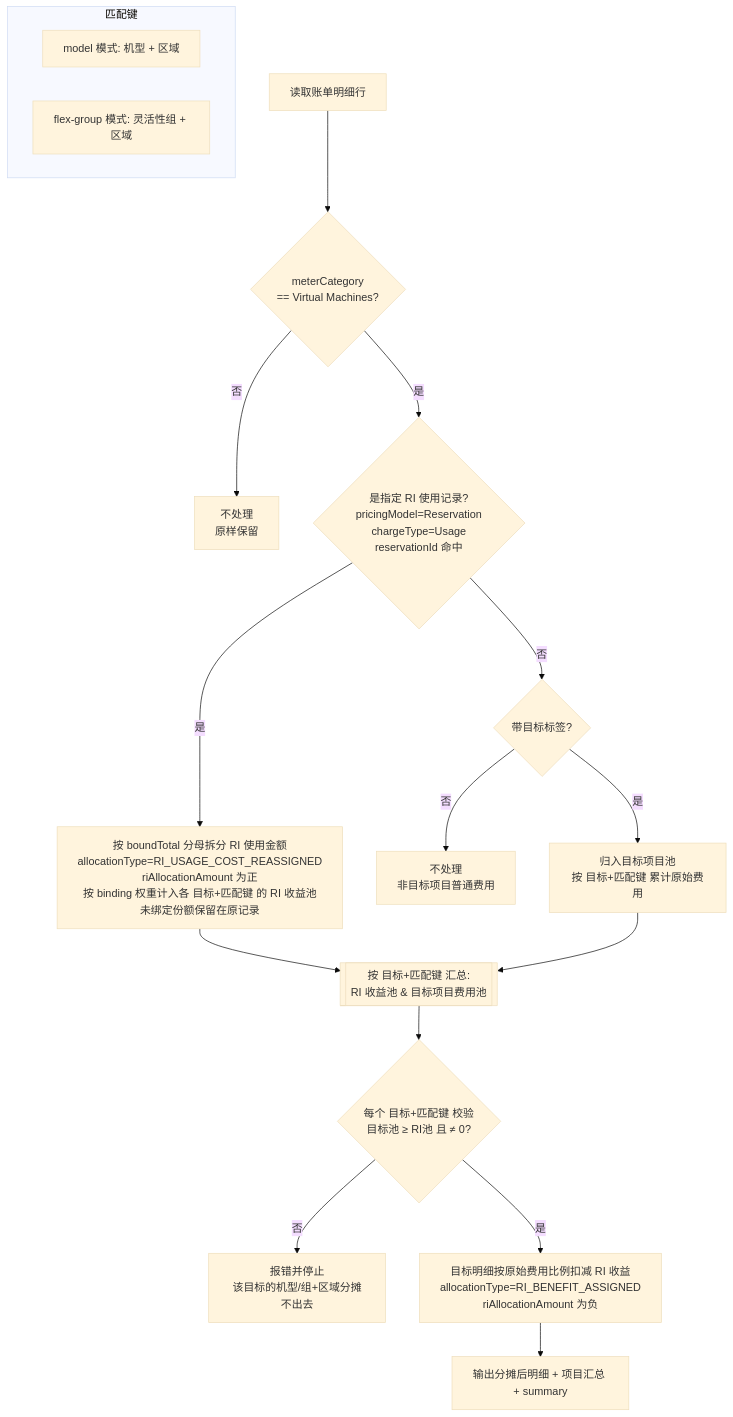
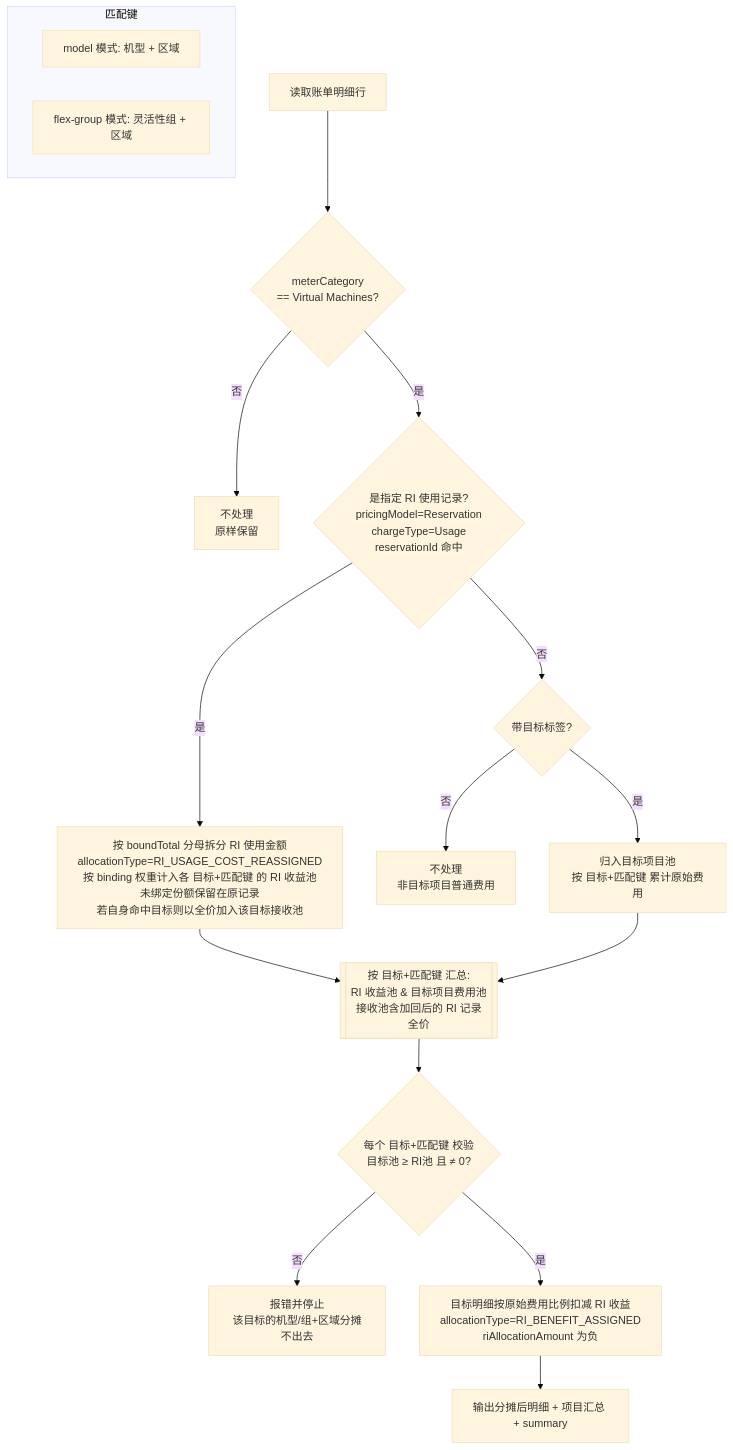
Before and after one commit to lprincewhn/azureops: the diagram in ri-reallocation/RI费用分摊说明.md, drawn with Mermaid (base theme). The commit also changed other lines of this file and 2 other files, not shown here.

First line of the commit message:
ri-reallocation: let RI usage records receive their own target's benefit

````diff
--- a/ri-reallocation/RI费用分摊说明.md
+++ b/ri-reallocation/RI费用分摊说明.md
@@ -66,25 +66,25 @@
 ```mermaid
 flowchart TD
     A[读取账单明细行] --> B{meterCategory<br/>== Virtual Machines?}
     B -- 否 --> Z[不处理<br/>原样保留]
     B -- 是 --> C{是指定 RI 使用记录?<br/>pricingModel=Reservation<br/>chargeType=Usage<br/>reservationId 命中}
 
-    C -- 是 --> E[按 boundTotal 分母拆分 RI 使用金额<br/>allocationType=RI_USAGE_COST_REASSIGNED<br/>riAllocationAmount 为正<br/>按 binding 权重计入各 目标+匹配键 的 RI 收益池<br/>未绑定份额保留在原记录]
+    C -- 是 --> E[按 boundTotal 分母拆分 RI 使用金额<br/>allocationType=RI_USAGE_COST_REASSIGNED<br/>按 binding 权重计入各 目标+匹配键 的 RI 收益池<br/>未绑定份额保留在原记录<br/>若自身命中目标则以全价加入该目标接收池]
 
     C -- 否 --> F{带目标标签?}
     F -- 否 --> Z3[不处理<br/>非目标项目普通费用]
     F -- 是 --> G[归入目标项目池<br/>按 目标+匹配键 累计原始费用]
 
-    E --> H[[按 目标+匹配键 汇总:<br/>RI 收益池 & 目标项目费用池]]
+    E --> H[[按 目标+匹配键 汇总:<br/>RI 收益池 & 目标项目费用池<br/>接收池含加回后的 RI 记录全价]]
     G --> H
     H --> I{每个 目标+匹配键 校验<br/>目标池 ≥ RI池 且 ≠ 0?}
     I -- 否 --> X[报错并停止<br/>该目标的机型/组+区域分摊不出去]
     I -- 是 --> J[目标明细按原始费用比例扣减 RI 收益<br/>allocationType=RI_BENEFIT_ASSIGNED<br/>riAllocationAmount 为负]
     J --> K[输出分摊后明细 + 项目汇总 + summary]
 
     subgraph K1[匹配键]
       direction LR
       M1["model 模式: 机型 + 区域"]
       M2["flex-group 模式: 灵活性组 + 区域"]
     end
 ```
````
